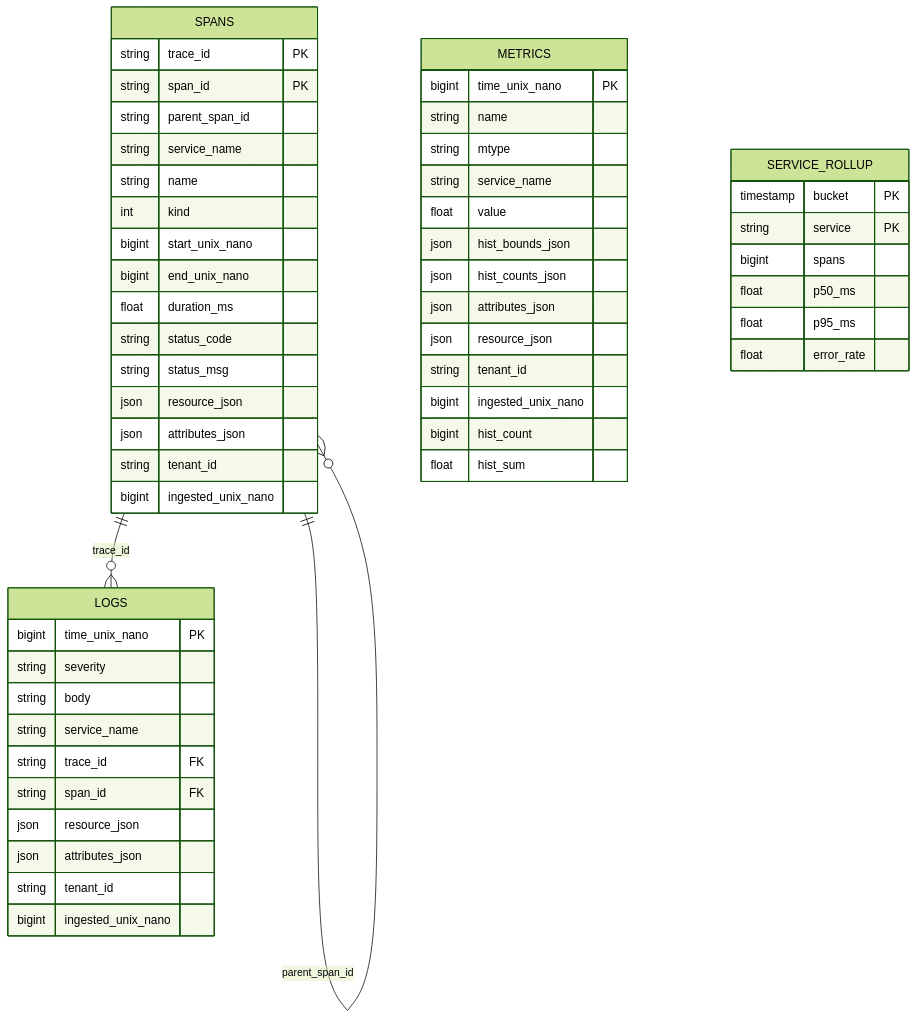
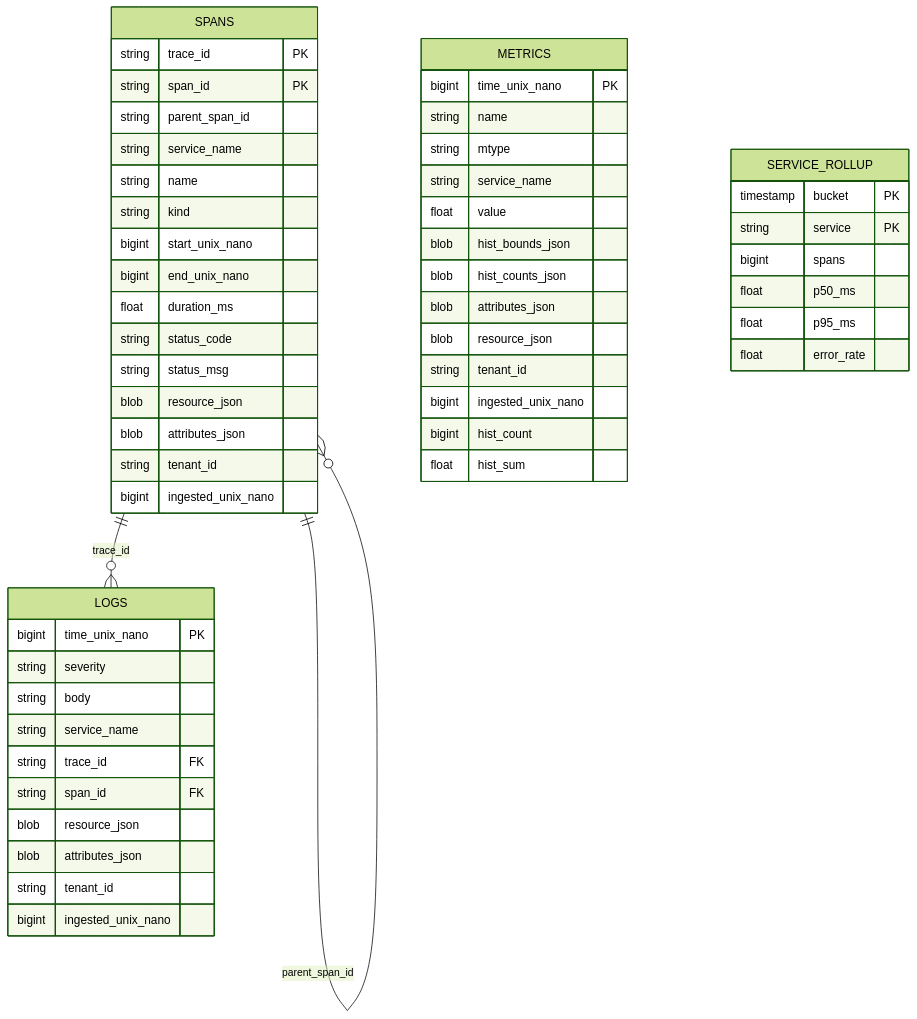
Before and after one commit to labstack/fanout: the fifth of 6 diagrams in ARCHITECTURE.md, drawn with Mermaid (forest theme). The commit also changed 8 other files, not shown here.

````diff
--- a/ARCHITECTURE.md
+++ b/ARCHITECTURE.md
@@ -181,61 +181,61 @@
 ```mermaid
 erDiagram
     SPANS {
         string trace_id PK
         string span_id PK
         string parent_span_id
         string service_name
         string name
-        int kind
+        string kind
         bigint start_unix_nano
         bigint end_unix_nano
         float duration_ms
         string status_code
         string status_msg
-        json resource_json
-        json attributes_json
+        blob resource_json
+        blob attributes_json
         string tenant_id
         bigint ingested_unix_nano
     }
 
     LOGS {
         bigint time_unix_nano PK
         string severity
         string body
         string service_name
         string trace_id FK
         string span_id FK
-        json resource_json
-        json attributes_json
+        blob resource_json
+        blob attributes_json
         string tenant_id
         bigint ingested_unix_nano
     }
 
     METRICS {
         bigint time_unix_nano PK
         string name
         string mtype
         string service_name
         float value
-        json hist_bounds_json
-        json hist_counts_json
-        json attributes_json
-        json resource_json
+        blob hist_bounds_json
+        blob hist_counts_json
+        blob attributes_json
+        blob resource_json
         string tenant_id
         bigint ingested_unix_nano
         bigint hist_count
         float hist_sum
     }
 
     SERVICE_ROLLUP {
         timestamp bucket PK
         string service PK
         bigint spans
         float p50_ms
         float p95_ms
         float error_rate
     }
 
     SPANS ||--o{ LOGS : "trace_id"
     SPANS ||--o{ SPANS : "parent_span_id"
 ```
````
